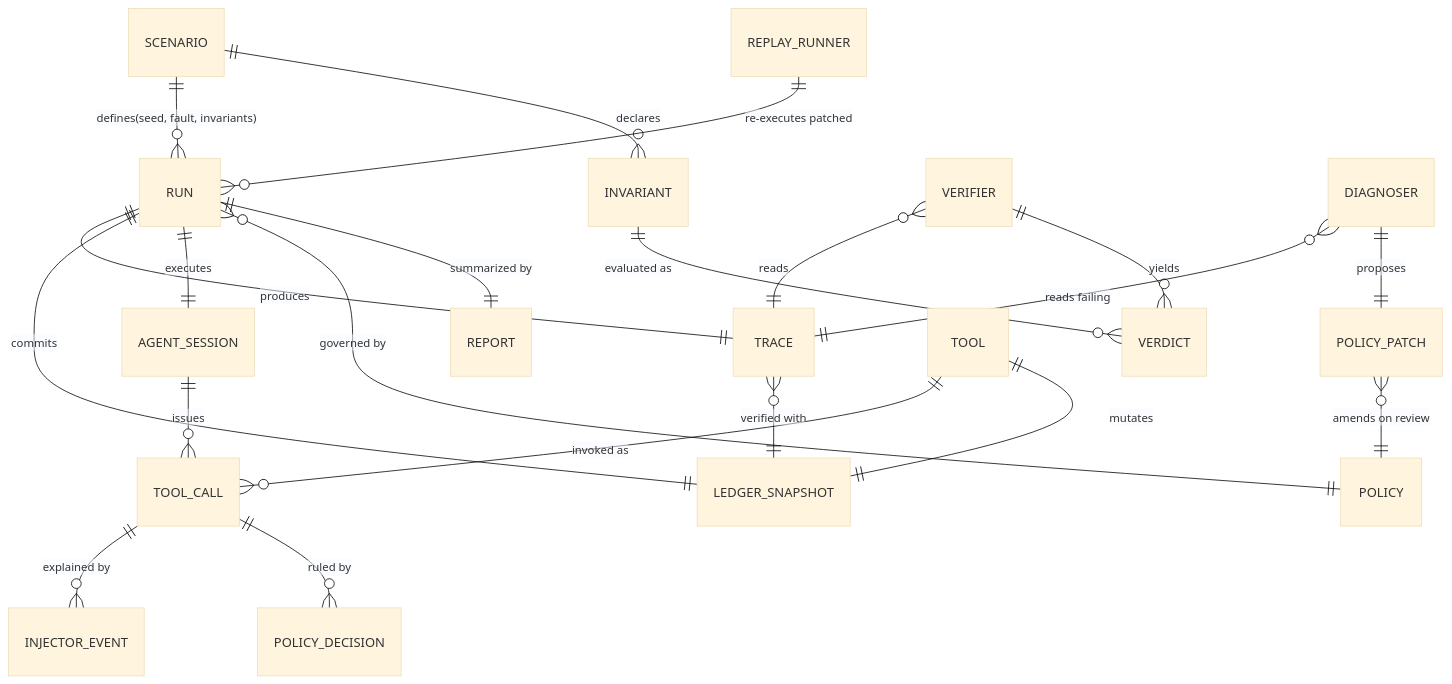
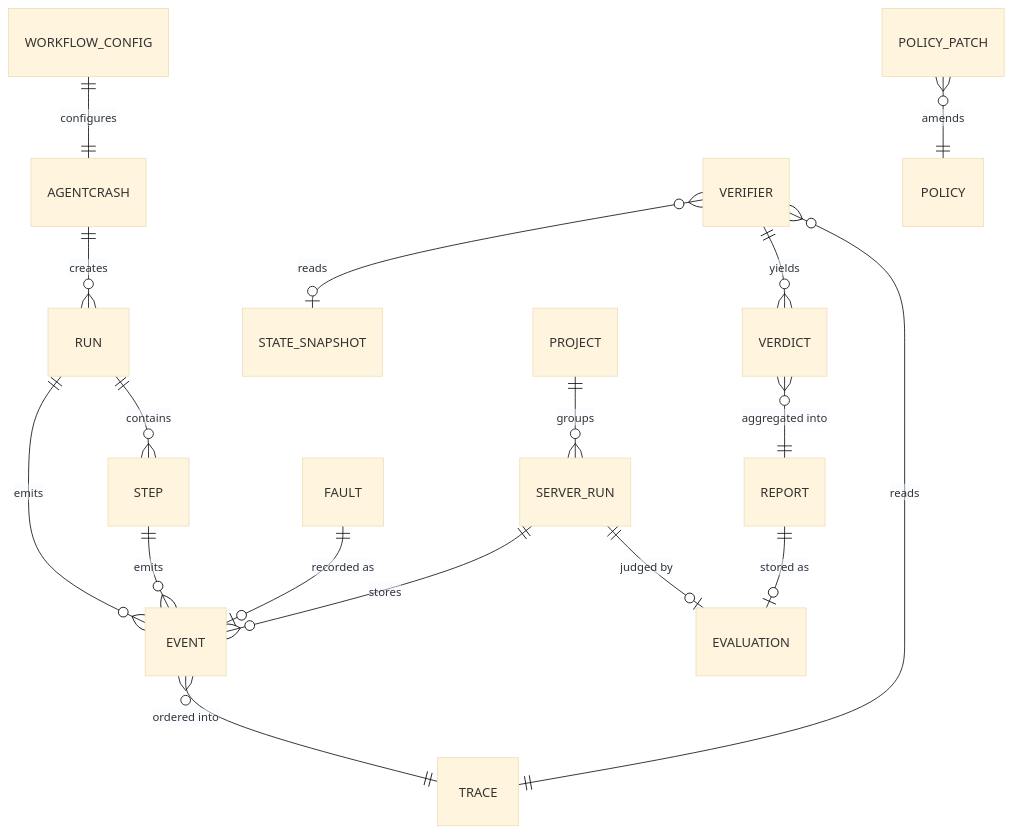
One commit to SahilSatyam/AgentCrash changed the diagram in docs/adlc/04-glossary-and-domain-model.md. Above: the diagram before and after it, drawn with Mermaid (base theme). The commit also changed other lines of this file and 20 other files, not shown here.

First line of the commit message:
docs+fix: rewrite docs/adlc for 0.3.0; Nth-call faults; server parity

````diff
--- a/docs/adlc/04-glossary-and-domain-model.md
+++ b/docs/adlc/04-glossary-and-domain-model.md
@@ -96,23 +121,19 @@
 ```mermaid
 erDiagram
-    SCENARIO ||--o{ RUN : "defines(seed, fault, invariants)"
-    RUN ||--|| TRACE : "produces"
-    RUN ||--|| LEDGER_SNAPSHOT : "commits"
-    RUN ||--|| AGENT_SESSION : "executes"
-    RUN }o--|| POLICY : "governed by"
-    AGENT_SESSION ||--o{ TOOL_CALL : "issues"
-    TOOL_CALL ||--o{ INJECTOR_EVENT : "explained by"
-    TOOL_CALL ||--o{ POLICY_DECISION : "ruled by"
-    SCENARIO ||--o{ INVARIANT : "declares"
-    TRACE }o--|| LEDGER_SNAPSHOT : "verified with"
+    WORKFLOW_CONFIG ||--|| AGENTCRASH : "configures"
+    AGENTCRASH ||--o{ RUN : "creates"
+    RUN ||--o{ STEP : "contains"
+    RUN ||--o{ EVENT : "emits"
+    STEP ||--o{ EVENT : "emits"
+    FAULT ||--o| EVENT : "recorded as"
+    EVENT }o--|| TRACE : "ordered into"
     VERIFIER }o--|| TRACE : "reads"
+    VERIFIER }o--o| STATE_SNAPSHOT : "reads"
     VERIFIER ||--o{ VERDICT : "yields"
-    INVARIANT ||--o{ VERDICT : "evaluated as"
-    DIAGNOSER }o--|| TRACE : "reads failing"
-    DIAGNOSER ||--|| POLICY_PATCH : "proposes"
-    POLICY_PATCH }o--|| POLICY : "amends on review"
-    REPLAY_RUNNER ||--o{ RUN : "re-executes patched"
-    RUN ||--|| REPORT : "summarized by"
-    TOOL ||--o{ TOOL_CALL : "invoked as"
-    TOOL ||--|| LEDGER_SNAPSHOT : "mutates"
+    VERDICT }o--|| REPORT : "aggregated into"
+    POLICY_PATCH }o--|| POLICY : "amends"
+    PROJECT ||--o{ SERVER_RUN : "groups"
+    SERVER_RUN ||--o{ EVENT : "stores"
+    SERVER_RUN ||--o| EVALUATION : "judged by"
+    REPORT ||--o| EVALUATION : "stored as"
 ```
````
